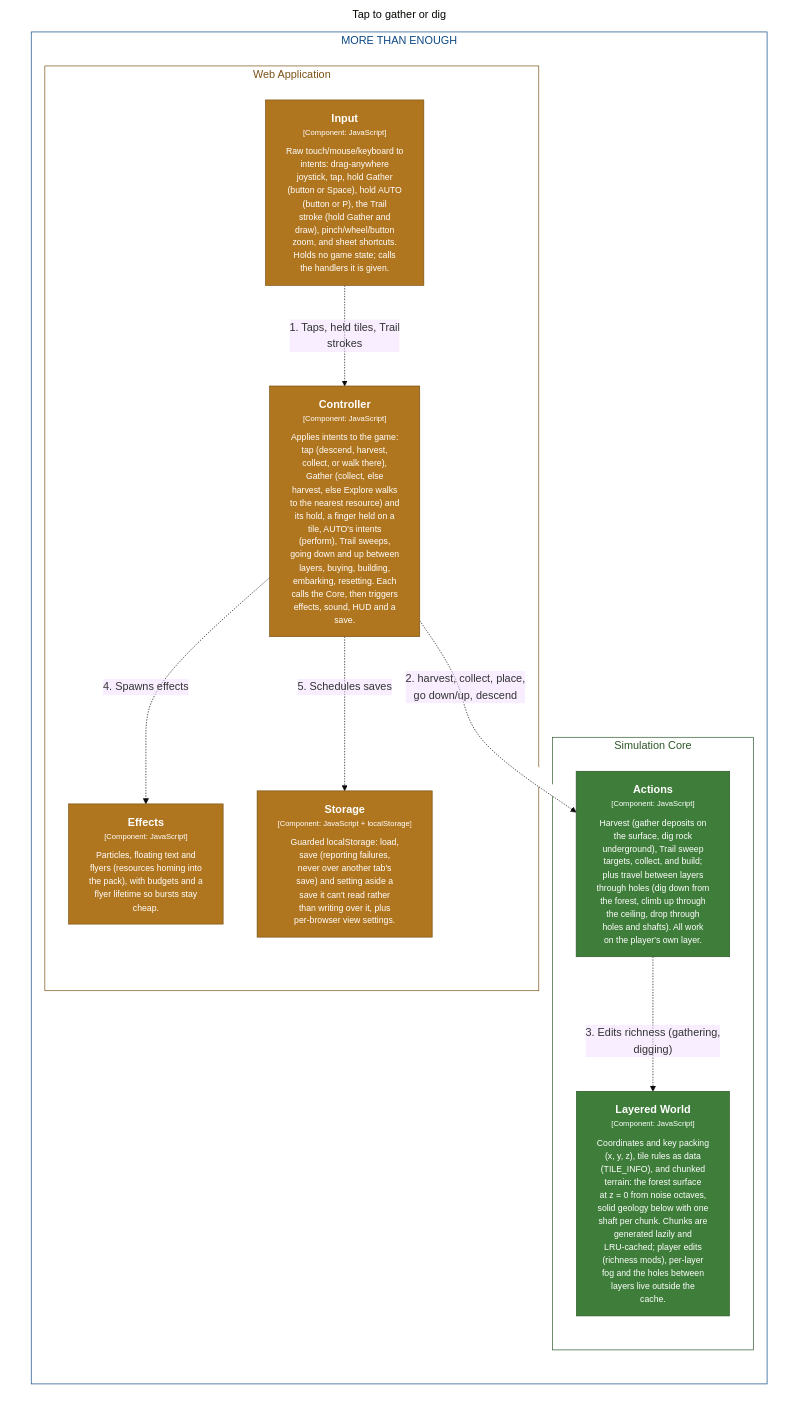
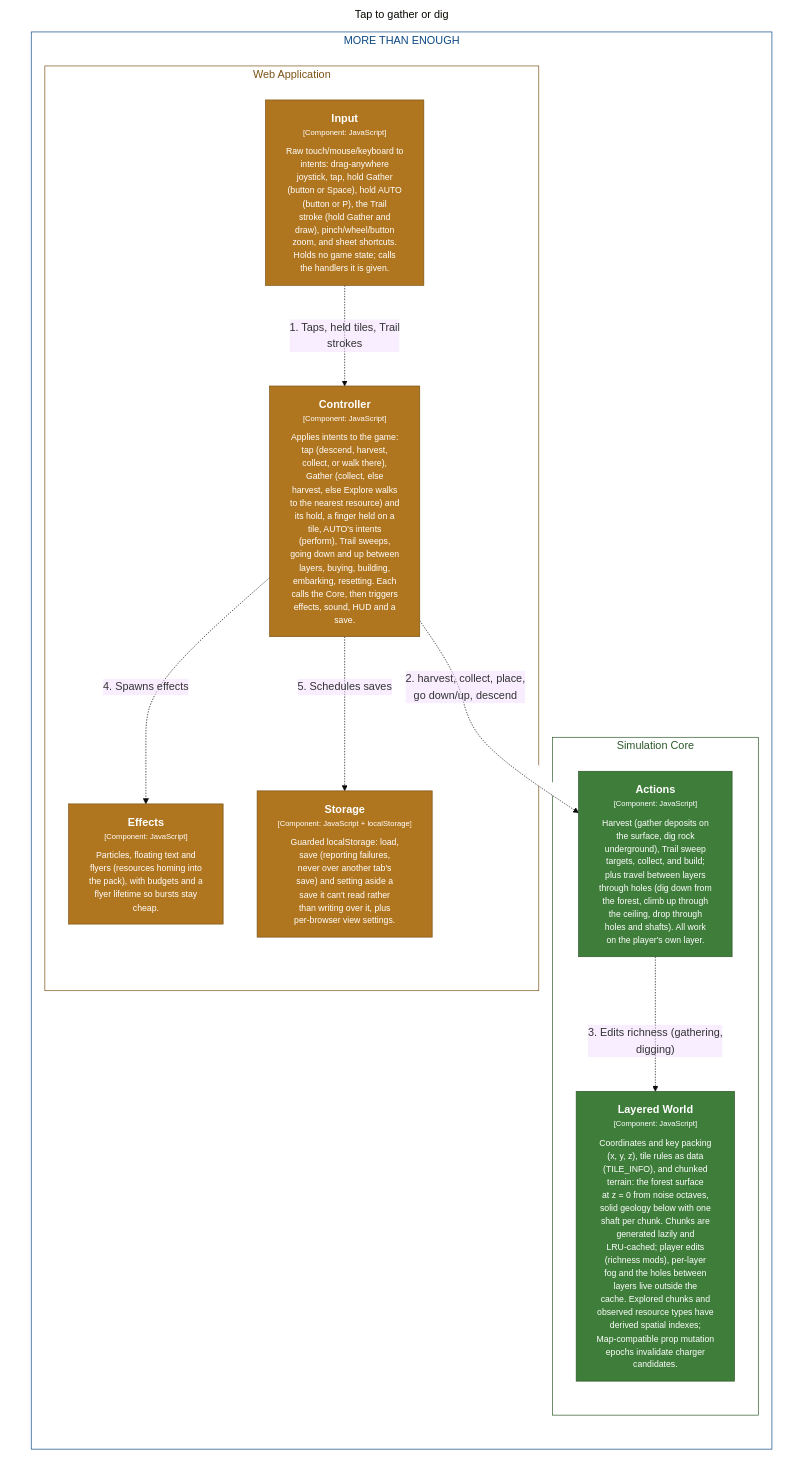
Before and after one commit to bitkojine/more-than-enough: the diagram in structurizr/diagrams/CollectFlow.mmd, drawn with Mermaid (base theme). The commit also changed 22 other files, not shown here.

```diff
--- a/structurizr/diagrams/CollectFlow.mmd
+++ b/structurizr/diagrams/CollectFlow.mmd
@@ -1,41 +1,41 @@
 %% Generated from structurizr/workspace.dsl — do not edit; run: node structurizr/scripts/structurizr.mjs mermaid
 graph LR
   linkStyle default fill:#ffffff
 
   subgraph diagram ["Tap to gather or dig"]
     style diagram fill:#ffffff,stroke:#ffffff
 
     subgraph 3 ["MORE THAN ENOUGH"]
       style 3 fill:#ffffff,stroke:#0b4884,color:#0b4884
 
       subgraph 22 ["Simulation Core"]
         style 22 fill:#ffffff,stroke:#2c5728,color:#2c5728
 
-        23["<div style='font-weight: bold'>Layered World</div><div style='font-size: 70%; margin-top: 0px'>[Component: JavaScript]</div><div style='font-size: 80%; margin-top:10px'>Coordinates and key packing<br />(x, y, z), tile rules as data<br />(TILE_INFO), and chunked<br />terrain: the forest surface<br />at z = 0 from noise octaves,<br />solid geology below with one<br />shaft per chunk. Chunks are<br />generated lazily and<br />LRU-cached; player edits<br />(richness mods), per-layer<br />fog and the holes between<br />layers live outside the<br />cache.</div>"]
+        23["<div style='font-weight: bold'>Layered World</div><div style='font-size: 70%; margin-top: 0px'>[Component: JavaScript]</div><div style='font-size: 80%; margin-top:10px'>Coordinates and key packing<br />(x, y, z), tile rules as data<br />(TILE_INFO), and chunked<br />terrain: the forest surface<br />at z = 0 from noise octaves,<br />solid geology below with one<br />shaft per chunk. Chunks are<br />generated lazily and<br />LRU-cached; player edits<br />(richness mods), per-layer<br />fog and the holes between<br />layers live outside the<br />cache. Explored chunks and<br />observed resource types have<br />derived spatial indexes;<br />Map-compatible prop mutation<br />epochs invalidate charger<br />candidates.</div>"]
         style 23 fill:#3f7d3a,stroke:#2c5728,color:#ffffff
         26["<div style='font-weight: bold'>Actions</div><div style='font-size: 70%; margin-top: 0px'>[Component: JavaScript]</div><div style='font-size: 80%; margin-top:10px'>Harvest (gather deposits on<br />the surface, dig rock<br />underground), Trail sweep<br />targets, collect, and build;<br />plus travel between layers<br />through holes (dig down from<br />the forest, climb up through<br />the ceiling, drop through<br />holes and shafts). All work<br />on the player's own layer.</div>"]
         style 26 fill:#3f7d3a,stroke:#2c5728,color:#ffffff
       end
 
       subgraph 4 ["Web Application"]
         style 4 fill:#ffffff,stroke:#7b5215,color:#7b5215
 
         12["<div style='font-weight: bold'>Effects</div><div style='font-size: 70%; margin-top: 0px'>[Component: JavaScript]</div><div style='font-size: 80%; margin-top:10px'>Particles, floating text and<br />flyers (resources homing into<br />the pack), with budgets and a<br />flyer lifetime so bursts stay<br />cheap.</div>"]
         style 12 fill:#b0761f,stroke:#7b5215,color:#ffffff
         17["<div style='font-weight: bold'>Storage</div><div style='font-size: 70%; margin-top: 0px'>[Component: JavaScript + localStorage]</div><div style='font-size: 80%; margin-top:10px'>Guarded localStorage: load,<br />save (reporting failures,<br />never over another tab's<br />save) and setting aside a<br />save it can't read rather<br />than writing over it, plus<br />per-browser view settings.</div>"]
         style 17 fill:#b0761f,stroke:#7b5215,color:#ffffff
         7["<div style='font-weight: bold'>Input</div><div style='font-size: 70%; margin-top: 0px'>[Component: JavaScript]</div><div style='font-size: 80%; margin-top:10px'>Raw touch/mouse/keyboard to<br />intents: drag-anywhere<br />joystick, tap, hold Gather<br />(button or Space), hold AUTO<br />(button or P), the Trail<br />stroke (hold Gather and<br />draw), pinch/wheel/button<br />zoom, and sheet shortcuts.<br />Holds no game state; calls<br />the handlers it is given.</div>"]
         style 7 fill:#b0761f,stroke:#7b5215,color:#ffffff
         8["<div style='font-weight: bold'>Controller</div><div style='font-size: 70%; margin-top: 0px'>[Component: JavaScript]</div><div style='font-size: 80%; margin-top:10px'>Applies intents to the game:<br />tap (descend, harvest,<br />collect, or walk there),<br />Gather (collect, else<br />harvest, else Explore walks<br />to the nearest resource) and<br />its hold, a finger held on a<br />tile, AUTO's intents<br />(perform), Trail sweeps,<br />going down and up between<br />layers, buying, building,<br />embarking, resetting. Each<br />calls the Core, then triggers<br />effects, sound, HUD and a<br />save.</div>"]
         style 8 fill:#b0761f,stroke:#7b5215,color:#ffffff
       end
 
     end
 
     7-. "<div>1. Taps, held tiles, Trail<br />strokes</div><div style='font-size: 70%'></div>" .->8
     8-. "<div>2. harvest, collect, place,<br />go down/up, descend</div><div style='font-size: 70%'></div>" .->26
     26-. "<div>3. Edits richness (gathering,<br />digging)</div><div style='font-size: 70%'></div>" .->23
     8-. "<div>4. Spawns effects</div><div style='font-size: 70%'></div>" .->12
     8-. "<div>5. Schedules saves</div><div style='font-size: 70%'></div>" .->17
 
   end
```
